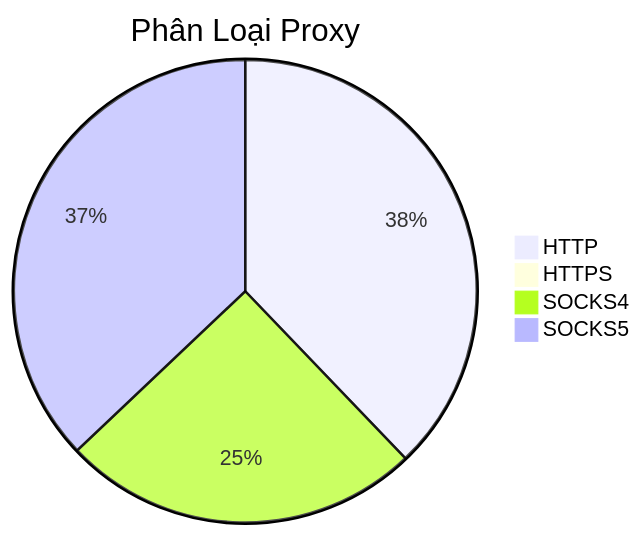
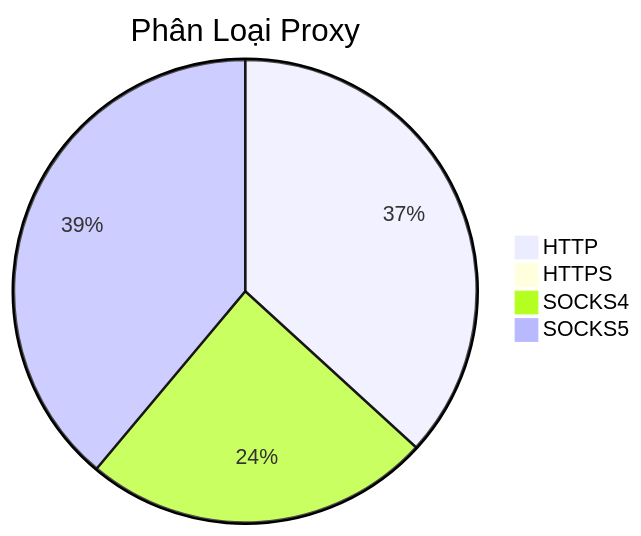
One commit to Ciara-Aa/PROXY-free changed the diagram in README.md. Above: the diagram before and after it, drawn with Mermaid. The commit also changed other lines of this file and 4 other files, not shown here.

````diff
--- a/README.md
+++ b/README.md
@@ -26,7 +26,7 @@
 ```mermaid
 pie title Phân Loại Proxy
-    "HTTP" : 490
-    "HTTPS" : 3
-    "SOCKS4" : 325
-    "SOCKS5" : 480
+    "HTTP" : 469
+    "HTTPS" : 4
+    "SOCKS4" : 310
+    "SOCKS5" : 496
 ```
````
